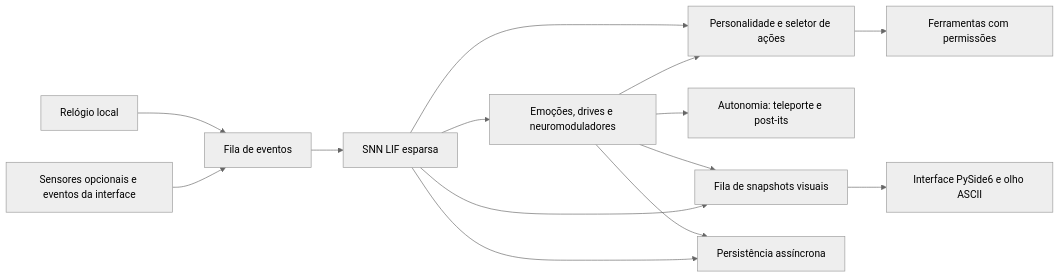
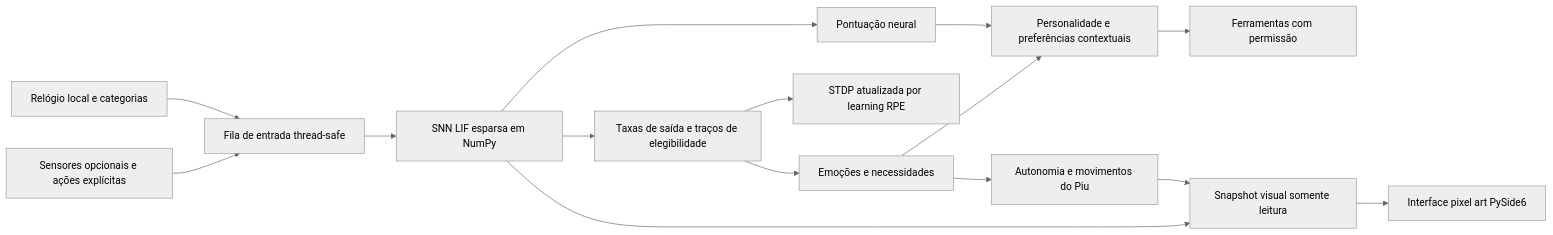
One commit to Sudo-Marco/synapse-companion changed the diagram in README.pt-BR.md. Above: the diagram before and after it, drawn with Mermaid (neutral theme). The commit also changed other lines of this file and 13 other files, not shown here.

````diff
--- a/README.pt-BR.md
+++ b/README.pt-BR.md
@@ -132,16 +108,17 @@
 ```mermaid
 flowchart LR
-    S[Sensores opcionais e eventos da interface] --> Q[Fila de eventos]
-    C[Relógio local] --> Q
-    Q --> N[SNN LIF esparsa]
-    N --> E[Emoções, drives e neuromoduladores]
-    E --> P[Personalidade e seletor de ações]
-    N --> P
-    P --> T[Ferramentas com permissões]
-    E --> A[Autonomia: teleporte e post-its]
-    N --> V[Fila de snapshots visuais]
-    E --> V
-    V --> U[Interface PySide6 e olho ASCII]
-    N --> D[Persistência assíncrona]
-    E --> D
+    S[Sensores opcionais e ações explícitas] --> Q[Fila de entrada thread-safe]
+    C[Relógio local e categorias] --> Q
+    Q --> N[SNN LIF esparsa em NumPy]
+    N --> R[Taxas de saída e traços de elegibilidade]
+    R --> E[Emoções e necessidades]
+    R --> L[STDP atualizada por learning RPE]
+    N --> A[Pontuação neural]
+    E --> P[Personalidade e preferências contextuais]
+    A --> P
+    P --> T[Ferramentas com permissão]
+    E --> U[Autonomia e movimentos do Piu]
+    N --> V[Snapshot visual somente leitura]
+    U --> V
+    V --> UI[Interface pixel art PySide6]
 ```
````
